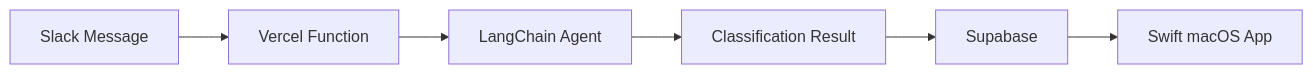
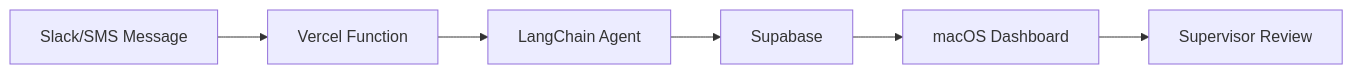
The diagram in docs/README.md (ArchieOS-org/operations-center), drawn with Mermaid before and after one commit. The commit also changed other lines of this file and 175 other files, not shown here.

First line of the commit message:
Transform to agent-based intelligence architecture (v3.0) (#5)

````diff
--- a/docs/README.md
+++ b/docs/README.md
@@ -44,8 +22,8 @@
 ```mermaid
 graph LR
-    A[Slack Message] --> B[Vercel Function]
+    A[Slack/SMS Message] --> B[Vercel Function]
     B --> C[LangChain Agent]
-    C --> D[Classification Result]
-    D --> E[Supabase]
-    E --> F[Swift macOS App]
+    C --> D[Supabase]
+    D --> E[macOS Dashboard]
+    E --> F[Supervisor Review]
 ```
````
